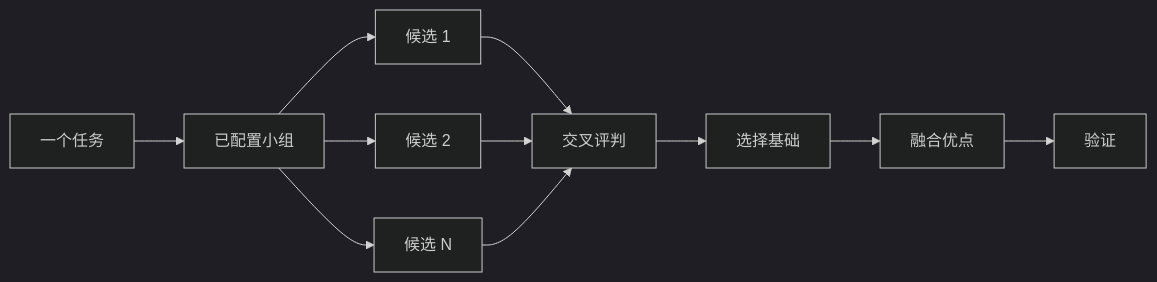
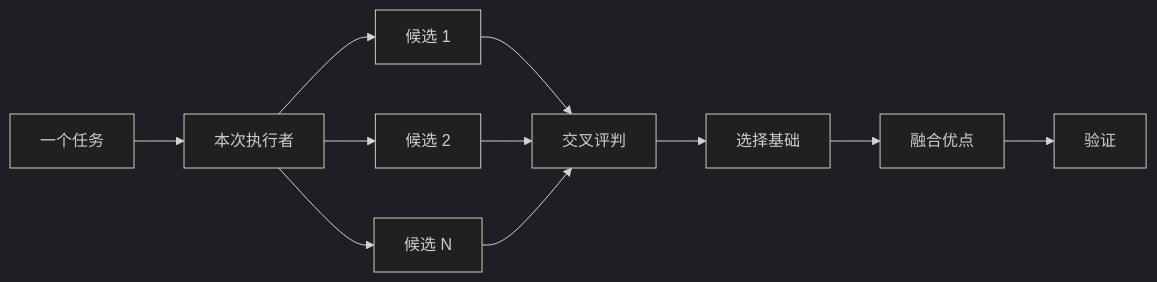
Before and after one commit to NAMEWTA/huhu: the diagram in .agents/skills/dev-help/references/guide-design.md, drawn with Mermaid (dark theme). The commit also changed other lines of this file and 81 other files, not shown here.

````diff
--- a/.agents/skills/dev-help/references/guide-design.md
+++ b/.agents/skills/dev-help/references/guide-design.md
@@ -32,13 +32,13 @@
 ```mermaid
 flowchart LR
-    A[一个任务] --> B[已配置小组]
+    A[一个任务] --> B[本次执行者]
     B --> C[候选 1]
     B --> D[候选 2]
     B --> E[候选 N]
     C --> F[交叉评判]
     D --> F
     E --> F
     F --> G[选择基础]
     G --> H[融合优点]
     H --> I[验证]
 ```
````
